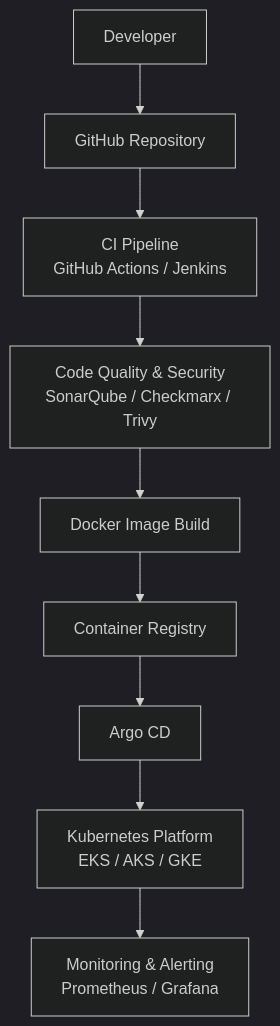
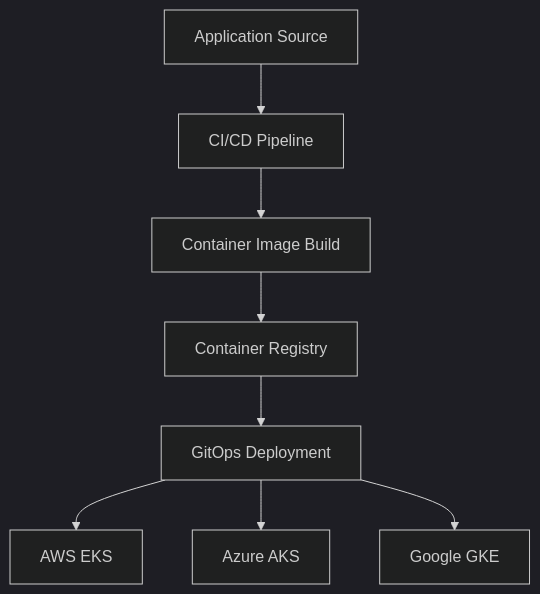
The first of 8 diagrams in README.md (manesaurabh1704-devops/manesaurabh1704-devops), drawn with Mermaid (dark theme) before and after one commit. The commit also changed other lines of this file, not shown here.

````diff
--- a/README.md
+++ b/README.md
@@ -203,11 +287,10 @@
 ```mermaid
 flowchart TD
-    A["Developer"] --> B["GitHub Repository"]
-    B --> C["CI Pipeline<br/>GitHub Actions / Jenkins"]
-    C --> D["Code Quality & Security<br/>SonarQube / Checkmarx / Trivy"]
-    D --> E["Docker Image Build"]
-    E --> F["Container Registry"]
-    F --> G["Argo CD"]
-    G --> H["Kubernetes Platform<br/>EKS / AKS / GKE"]
-    H --> I["Monitoring & Alerting<br/>Prometheus / Grafana"]
+    A["Application Source"] --> B["CI/CD Pipeline"]
+    B --> C["Container Image Build"]
+    C --> D["Container Registry"]
+    D --> E["GitOps Deployment"]
+    E --> F["AWS EKS"]
+    E --> G["Azure AKS"]
+    E --> H["Google GKE"]
 ```
````
